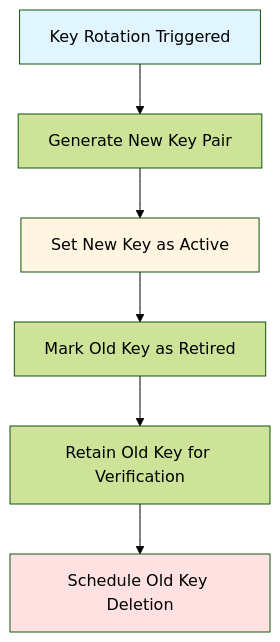
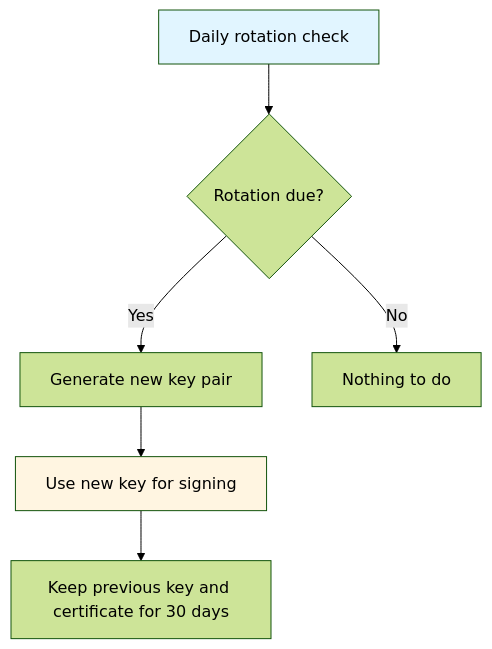
The third of 3 diagrams in apps/docs/docs/architecture/cryptography.md (Cypher-CP0/eudiplo), drawn with Mermaid (forest theme) before and after one commit. The commit also changed other lines of this file and 1 other file, not shown here.

First line of the commit message:
docs(architecture): correct security and cryptography pages (#1092)

````diff
--- a/apps/docs/docs/architecture/cryptography.md
+++ b/apps/docs/docs/architecture/cryptography.md
@@ -225,12 +231,11 @@
 ```mermaid
 flowchart TB
-    Start[Key Rotation Triggered] --> Generate[Generate New Key Pair]
-    Generate --> Activate[Set New Key as Active]
-    Activate --> Retire[Mark Old Key as Retired]
-    Retire --> Retain[Retain Old Key for Verification]
-    Retain --> Schedule[Schedule Old Key Deletion]
-    
+    Start[Daily rotation check] --> Due{Rotation due?}
+    Due -->|Yes| Generate[Generate new key pair]
+    Generate --> Activate[Use new key for signing]
+    Activate --> Keep[Keep previous key and certificate for 30 days]
+    Due -->|No| Done[Nothing to do]
+
     style Start fill:#e1f5ff
     style Activate fill:#fff5e1
-    style Schedule fill:#ffe1e1
 ```
````
